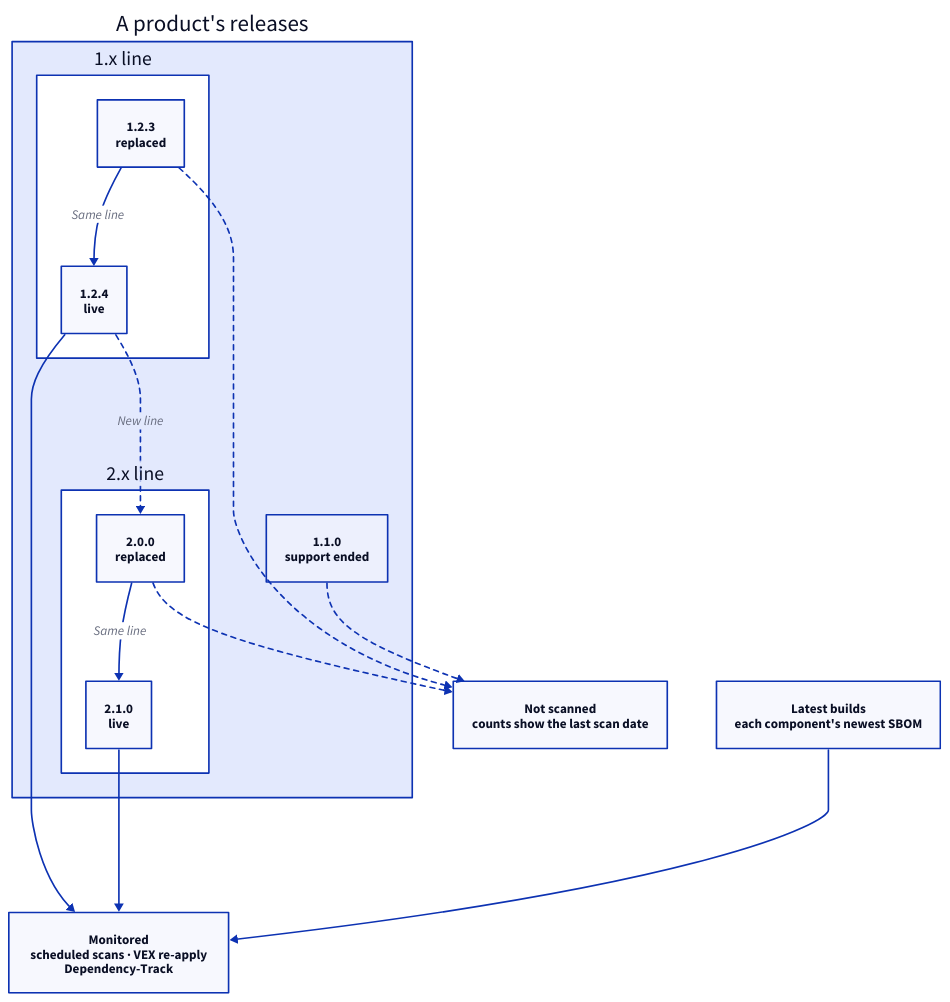
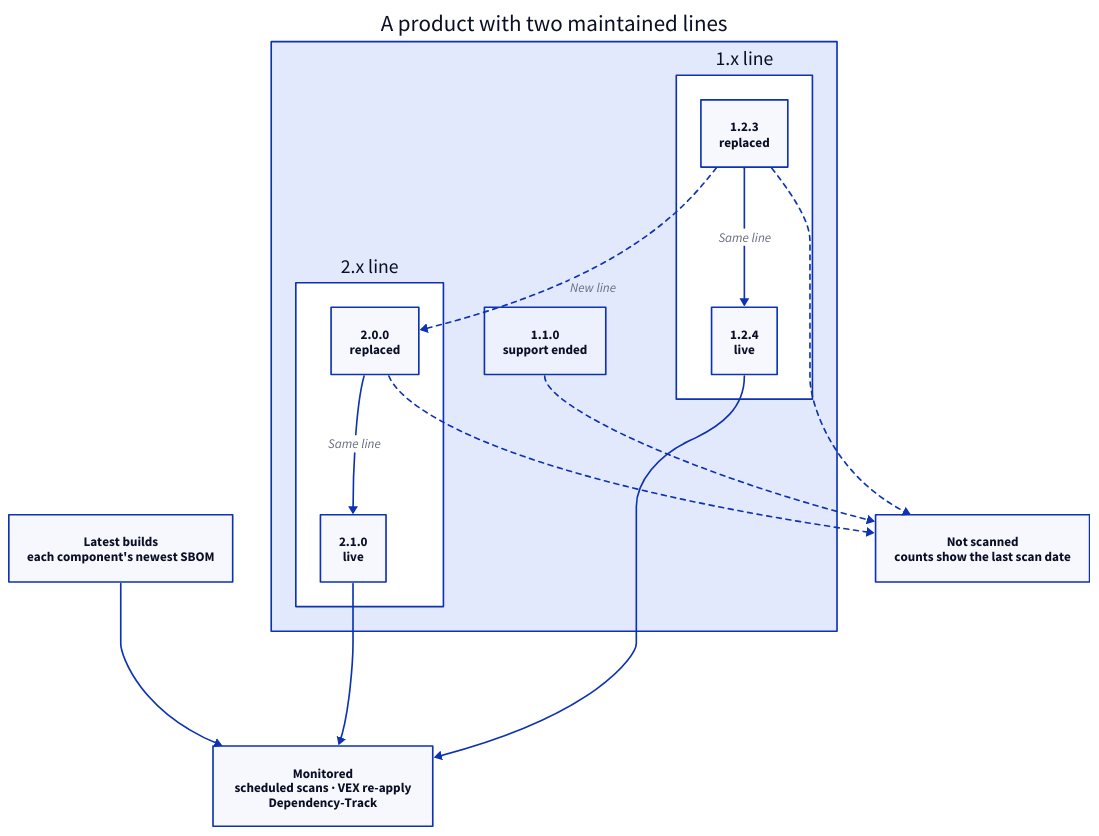
The diagram in _d2/release-lifecycle.d2 (sbomify/sbomify.com), drawn with D2 before and after one commit. The commit also changed 6 other files, not shown here.

First line of the commit message:
Show 1.x and 2.x as two parallel trees in the v26.11.1 diagrams

```diff
--- a/_d2/release-lifecycle.d2
+++ b/_d2/release-lifecycle.d2
@@ -1,60 +1,57 @@
 # Which releases sbomify monitors (v26.11.1 release lifecycle).
-# A same-line successor retires the release it replaces; a new line keeps
-# both monitored. Dates, withdrawal and archiving also retire a release.
+# Two maintained lines run in parallel: 2.0.0 started a new line from 1.2.3,
+# and 1.x kept shipping. A same-line successor retires the release it
+# replaces; dates, withdrawal and archiving retire a release too.
 direction: down
 
-product: "A product's releases" {
+product: "A product with two maintained lines" {
   class: group
-
-  direction: right
 
   line1: "1.x line" {
     class: group
-    direction: right
     style.fill: "#FFFFFF"
 
     r123: "1.2.3\nreplaced" {class: secondary}
     r124: "1.2.4\nlive" {class: primary}
     r123 -> r124: Same line {class: flow}
   }
 
   line2: "2.x line" {
     class: group
-    direction: right
     style.fill: "#FFFFFF"
 
     r20: "2.0.0\nreplaced" {class: secondary}
     r21: "2.1.0\nlive" {class: primary}
     r20 -> r21: Same line {class: flow}
   }
 
   r11: "1.1.0\nsupport ended" {class: secondary}
 
-  line1.r124 -> line2.r20: New line {
+  line1.r123 -> line2.r20: New line {
     class: flow
     style.stroke-dash: 3
   }
 }
 
 latest: "Latest builds\neach component's newest SBOM" {class: accent}
 
 monitored: "Monitored\nscheduled scans · VEX re-apply\nDependency-Track" {class: highlight}
 
 history: "Not scanned\ncounts show the last scan date" {class: secondary}
 
 product.line1.r124 -> monitored: {class: flow-pink}
 product.line2.r21 -> monitored: {class: flow-pink}
 latest -> monitored: {class: flow-pink}
 
 product.line1.r123 -> history: {
   class: flow
   style.stroke-dash: 3
 }
 product.line2.r20 -> history: {
   class: flow
   style.stroke-dash: 3
 }
 product.r11 -> history: {
   class: flow
   style.stroke-dash: 3
 }
```
